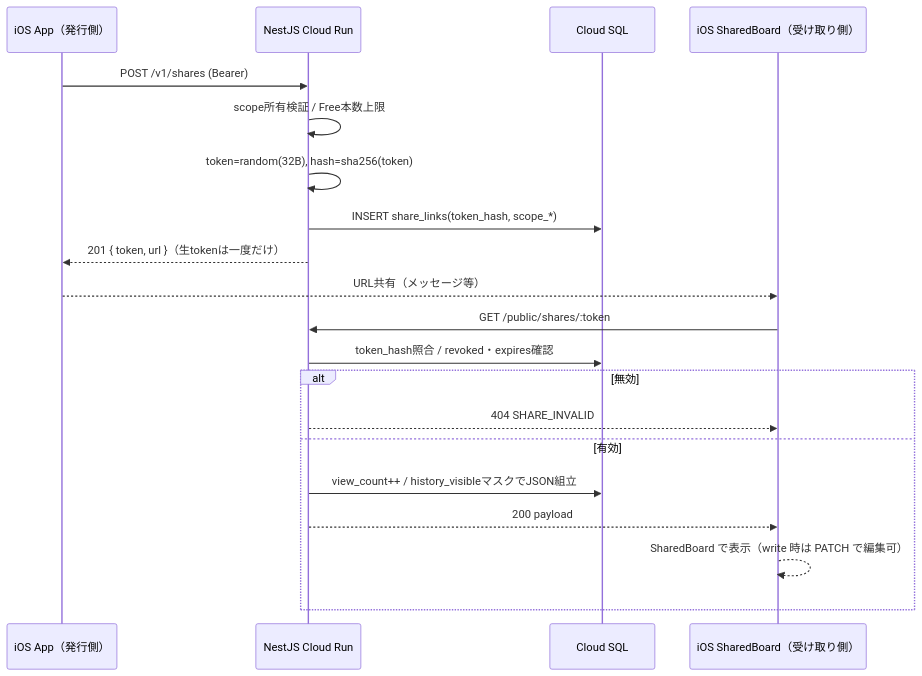
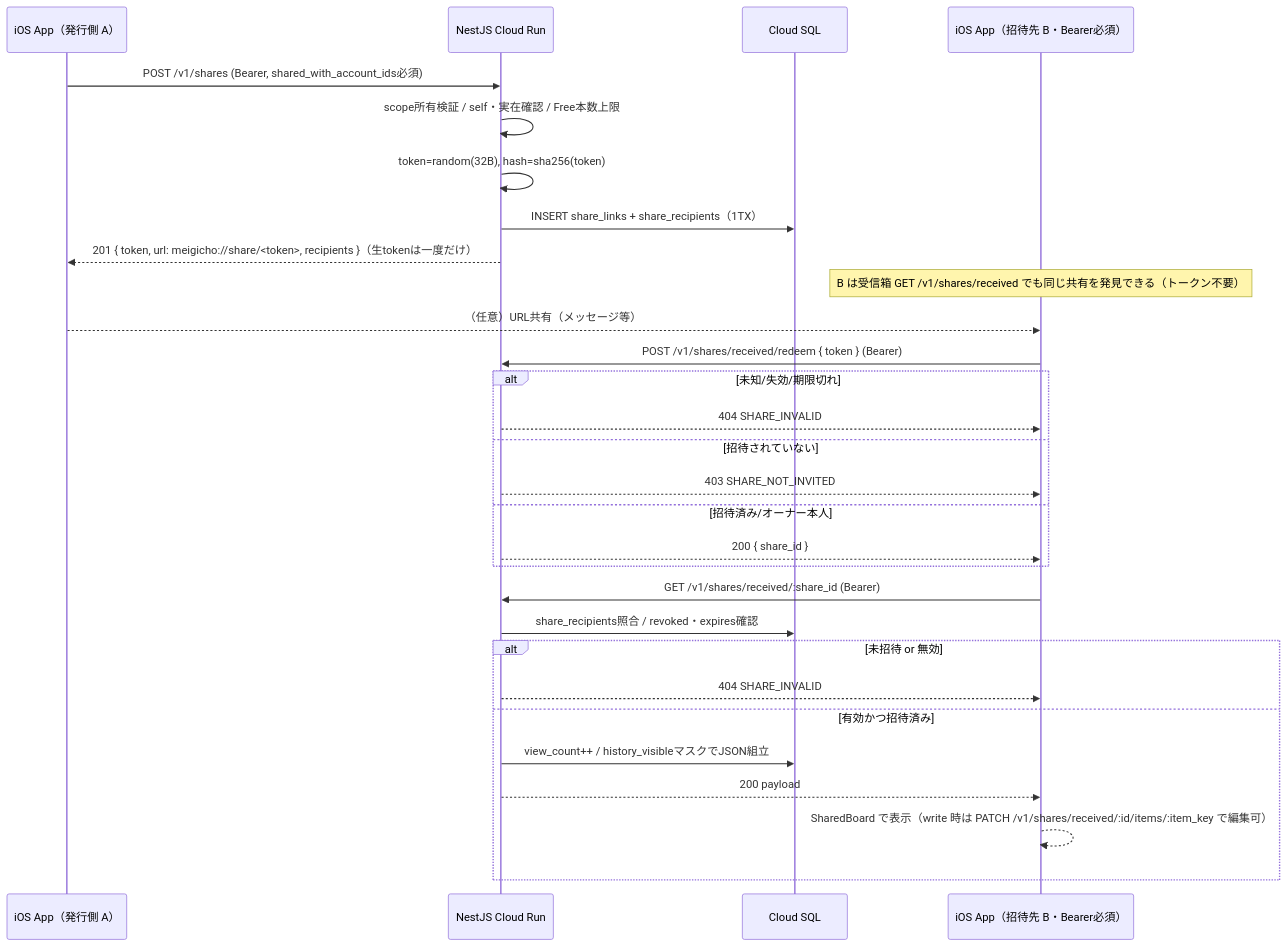
The diagram in docs/04-api.md (yumori59/otakuApp), drawn with Mermaid before and after one commit. The commit also changed other lines of this file and 5 other files, not shown here.

First line of the commit message:
docs(share-account-invites): sync docs 03/04/05/09 + CLAUDE.md + STATUS to implemented contract

````diff
--- a/docs/04-api.md
+++ b/docs/04-api.md
@@ -617,24 +719,34 @@
 ```mermaid
 sequenceDiagram
-    participant App as iOS App（発行側）
+    participant App as iOS App（発行側 A）
     participant API as NestJS Cloud Run
     participant DB as Cloud SQL
-    participant Viewer as iOS SharedBoard（受け取り側）
+    participant Viewer as iOS App（招待先 B・Bearer必須）
 
-    App->>API: POST /v1/shares (Bearer)
-    API->>API: scope所有検証 / Free本数上限
+    App->>API: POST /v1/shares (Bearer, shared_with_account_ids必須)
+    API->>API: scope所有検証 / self・実在確認 / Free本数上限
     API->>API: token=random(32B), hash=sha256(token)
-    API->>DB: INSERT share_links(token_hash, scope_*)
-    API-->>App: 201 { token, url }（生tokenは一度だけ）
-    App-->>Viewer: URL共有（メッセージ等）
+    API->>DB: INSERT share_links + share_recipients（1TX）
+    API-->>App: 201 { token, url: meigicho://share/<token>, recipients }（生tokenは一度だけ）
 
-    Viewer->>API: GET /public/shares/:token
-    API->>DB: token_hash照合 / revoked・expires確認
-    alt 無効
+    Note over Viewer: B は受信箱 GET /v1/shares/received でも同じ共有を発見できる（トークン不要）
+    App-->>Viewer: （任意）URL共有（メッセージ等）
+    Viewer->>API: POST /v1/shares/received/redeem { token } (Bearer)
+    alt 未知/失効/期限切れ
         API-->>Viewer: 404 SHARE_INVALID
-    else 有効
+    else 招待されていない
+        API-->>Viewer: 403 SHARE_NOT_INVITED
+    else 招待済み/オーナー本人
+        API-->>Viewer: 200 { share_id }
+    end
+
+    Viewer->>API: GET /v1/shares/received/:share_id (Bearer)
+    API->>DB: share_recipients照合 / revoked・expires確認
+    alt 未招待 or 無効
+        API-->>Viewer: 404 SHARE_INVALID
+    else 有効かつ招待済み
         API->>DB: view_count++ / history_visibleマスクでJSON組立
         API-->>Viewer: 200 payload
-        Viewer-->>Viewer: SharedBoard で表示（write 時は PATCH で編集可）
+        Viewer-->>Viewer: SharedBoard で表示（write 時は PATCH /v1/shares/received/:id/items/:item_key で編集可）
     end
 ```
````
